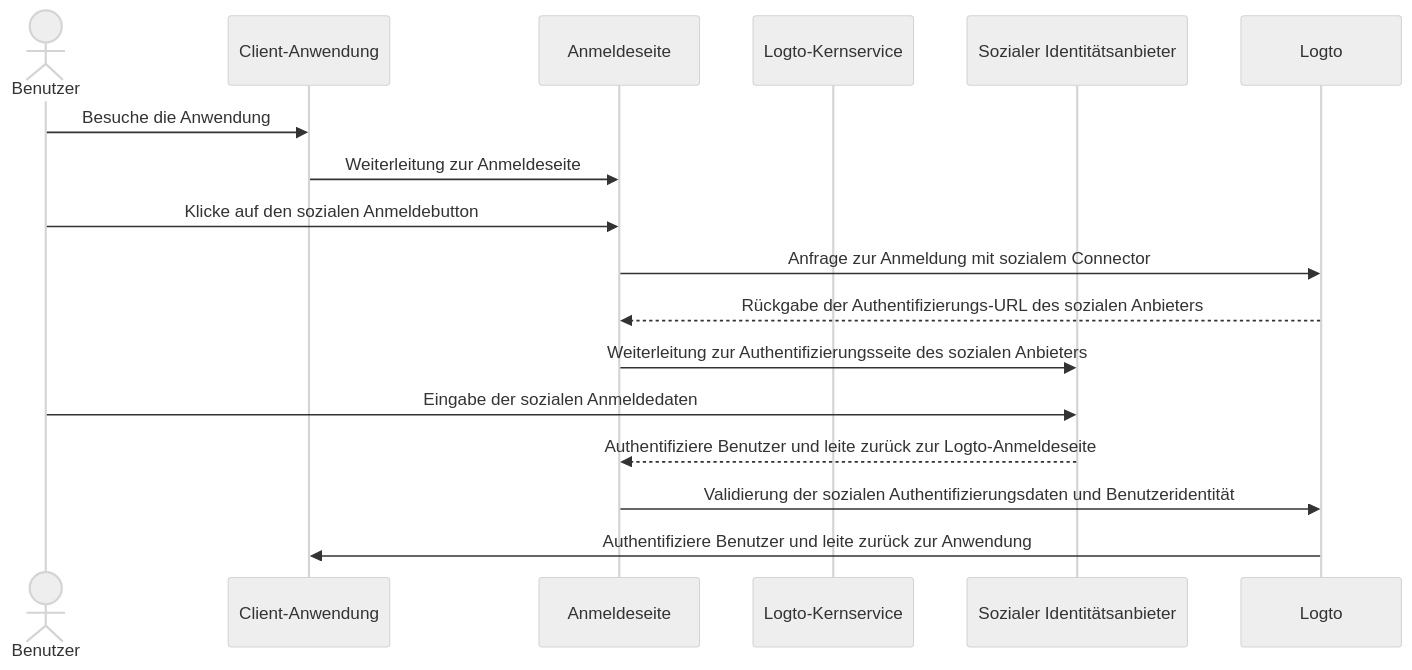
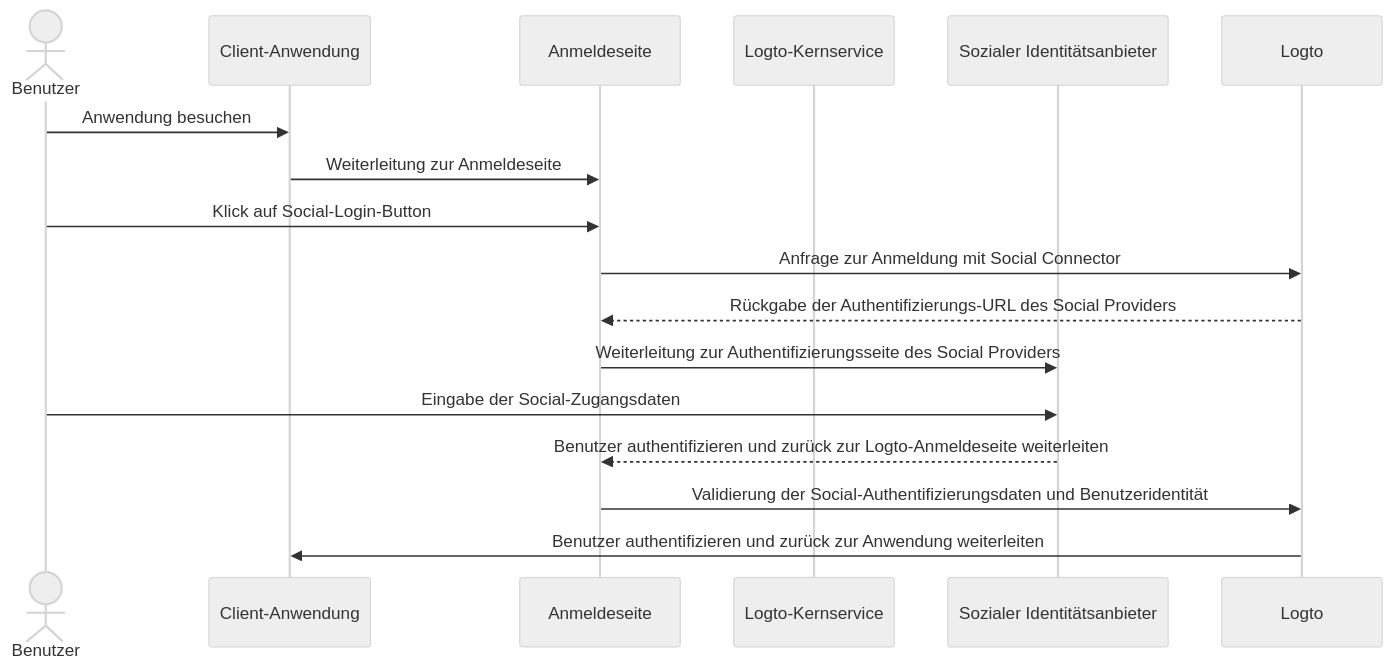
The first of 6 diagrams in i18n/de/docusaurus-plugin-content-docs/current/end-user-flows/sign-up-and-sign-in/social-sign-in.mdx (logto-io/docs), drawn with Mermaid (neutral theme) before and after one commit. The commit also changed other lines of this file and 59 other files, not shown here.

````diff
--- a/i18n/de/docusaurus-plugin-content-docs/current/end-user-flows/sign-up-and-sign-in/social-sign-in.mdx
+++ b/i18n/de/docusaurus-plugin-content-docs/current/end-user-flows/sign-up-and-sign-in/social-sign-in.mdx
@@ -36,19 +36,19 @@
 ```mermaid
 sequenceDiagram
     actor user as Benutzer
     participant app as Client-Anwendung
     participant experience as Anmeldeseite
     participant logto as Logto-Kernservice
     participant social as Sozialer Identitätsanbieter
 
-    user->>app: Besuche die Anwendung
+    user->>app: Anwendung besuchen
     app->>experience: Weiterleitung zur Anmeldeseite
-    user->>experience: Klicke auf den sozialen Anmeldebutton
-    experience->>Logto: Anfrage zur Anmeldung mit sozialem Connector
-    Logto-->>experience: Rückgabe der Authentifizierungs-URL des sozialen Anbieters
-    experience->>social: Weiterleitung zur Authentifizierungsseite des sozialen Anbieters
-    user->>social: Eingabe der sozialen Anmeldedaten
-    social-->>experience: Authentifiziere Benutzer und leite zurück zur Logto-Anmeldeseite
-    experience->>Logto: Validierung der sozialen Authentifizierungsdaten und Benutzeridentität
-    Logto->>app: Authentifiziere Benutzer und leite zurück zur Anwendung
+    user->>experience: Klick auf Social-Login-Button
+    experience->>Logto: Anfrage zur Anmeldung mit Social Connector
+    Logto-->>experience: Rückgabe der Authentifizierungs-URL des Social Providers
+    experience->>social: Weiterleitung zur Authentifizierungsseite des Social Providers
+    user->>social: Eingabe der Social-Zugangsdaten
+    social-->>experience: Benutzer authentifizieren und zurück zur Logto-Anmeldeseite weiterleiten
+    experience->>Logto: Validierung der Social-Authentifizierungsdaten und Benutzeridentität
+    Logto->>app: Benutzer authentifizieren und zurück zur Anwendung weiterleiten
 ```
````
